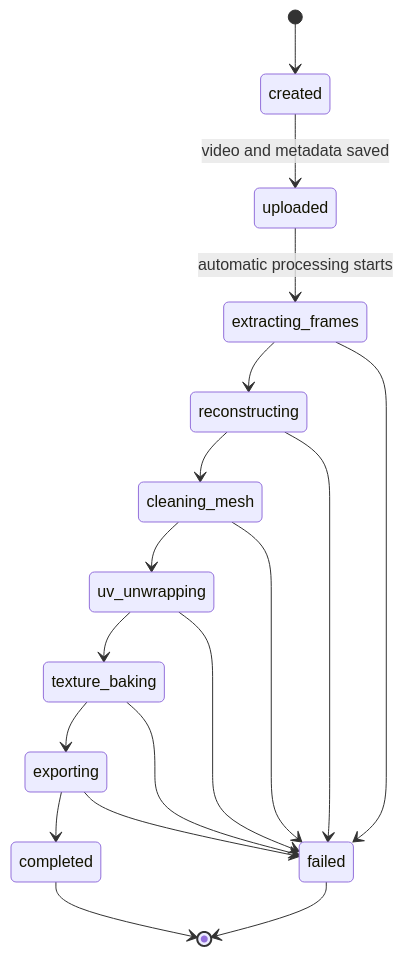
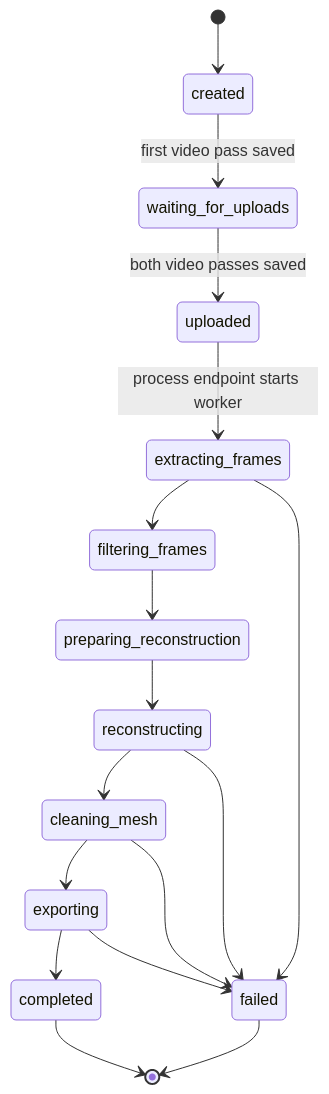
Before and after one commit to kiet-ta/ar-ai-exe: the seventh of 12 diagrams in docs/implementation-flows.md, drawn with Mermaid. The commit also changed other lines of this file and 170 other files, not shown here.

Commit message:
feat: implement shoe video reconstruction MVP

````diff
--- a/docs/implementation-flows.md
+++ b/docs/implementation-flows.md
@@ -129,20 +129,19 @@
 ```mermaid
 stateDiagram-v2
     [*] --> created
-    created --> uploaded: video and metadata saved
-    uploaded --> extracting_frames: automatic processing starts
-    extracting_frames --> reconstructing
+    created --> waiting_for_uploads: first video pass saved
+    waiting_for_uploads --> uploaded: both video passes saved
+    uploaded --> extracting_frames: process endpoint starts worker
+    extracting_frames --> filtering_frames
+    filtering_frames --> preparing_reconstruction
+    preparing_reconstruction --> reconstructing
     reconstructing --> cleaning_mesh
-    cleaning_mesh --> uv_unwrapping
-    uv_unwrapping --> texture_baking
-    texture_baking --> exporting
+    cleaning_mesh --> exporting
     exporting --> completed
     extracting_frames --> failed
     reconstructing --> failed
     cleaning_mesh --> failed
-    uv_unwrapping --> failed
-    texture_baking --> failed
     exporting --> failed
     completed --> [*]
     failed --> [*]
 ```
````
